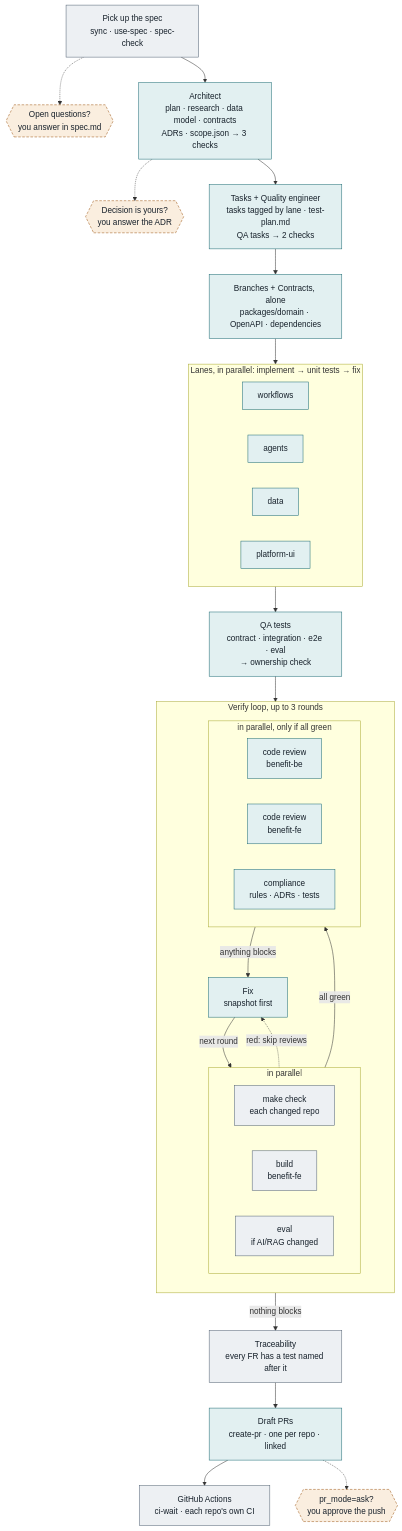
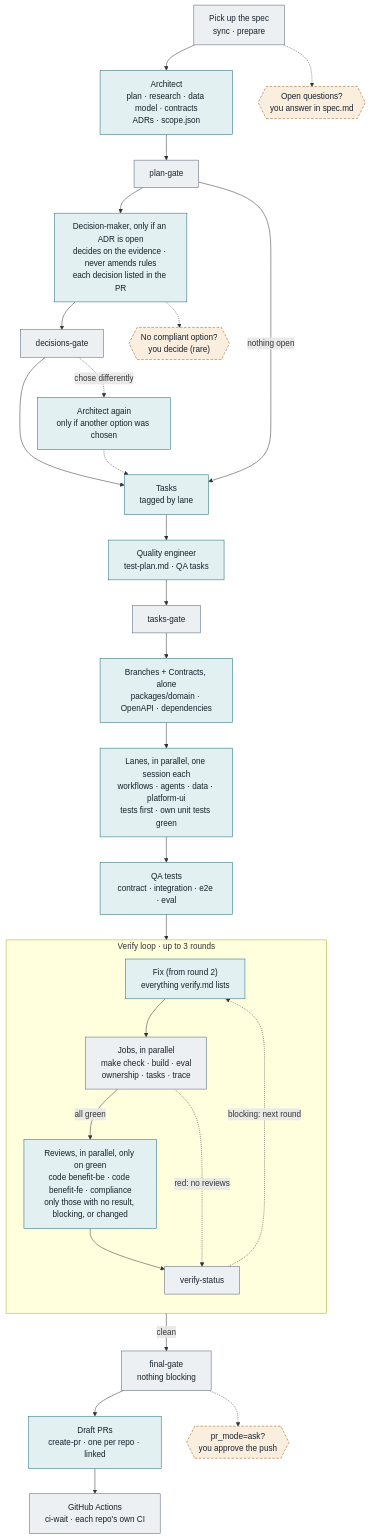
One commit to elinasarvari/ai-immersion-metarepo changed the second of 3 diagrams in docs/workflow-architecture.md. Above: the diagram before and after it, drawn with Mermaid. The commit also changed other lines of this file and 36 other files, not shown here.

````diff
--- a/docs/workflow-architecture.md
+++ b/docs/workflow-architecture.md
@@ -48,55 +48,49 @@
 ```mermaid
 flowchart TB
-    spec["Pick up the spec<br/>sync · use-spec · spec-check"]:::script
+    spec["Pick up the spec<br/>sync · prepare"]:::script
     q1{{"Open questions?<br/>you answer in spec.md"}}:::you
-    arch["Architect<br/>plan · research · data model · contracts<br/>ADRs · scope.json → 3 checks"]:::ai
-    q2{{"Decision is yours?<br/>you answer the ADR"}}:::you
-    tasks["Tasks + Quality engineer<br/>tasks tagged by lane · test-plan.md<br/>QA tasks → 2 checks"]:::ai
+    arch["Architect<br/>plan · research · data model · contracts<br/>ADRs · scope.json"]:::ai
+    g1["plan-gate"]:::script
+    dm["Decision-maker, only if an ADR is open<br/>decides on the evidence · never amends rules<br/>each decision listed in the PR"]:::ai
+    g3["decisions-gate"]:::script
+    upd["Architect again<br/>only if another option was chosen"]:::ai
+    q2{{"No compliant option?<br/>you decide (rare)"}}:::you
+    tasks["Tasks<br/>tagged by lane"]:::ai
+    qe["Quality engineer<br/>test-plan.md · QA tasks"]:::ai
+    g2["tasks-gate"]:::script
     contracts["Branches + Contracts, alone<br/>packages/domain · OpenAPI · dependencies"]:::ai
 
-    subgraph lanes["Lanes, in parallel: implement → unit tests → fix"]
-        direction LR
-        l1["workflows"]:::ai
-        l2["agents"]:::ai
-        l3["data"]:::ai
-        l4["platform-ui"]:::ai
+    lanes["Lanes, in parallel, one session each<br/>workflows · agents · data · platform-ui<br/>tests first · own unit tests green"]:::ai
+
+    qa["QA tests<br/>contract · integration · e2e · eval"]:::ai
+
+    subgraph verify["Verify loop · up to 3 rounds"]
+        direction TB
+        fix["Fix (from round 2)<br/>everything verify.md lists"]:::ai
+        jobs["Jobs, in parallel<br/>make check · build · eval<br/>ownership · tasks · trace"]:::script
+        reviews["Reviews, in parallel, only on green<br/>code benefit-be · code benefit-fe · compliance<br/>only those with no result, blocking, or changed"]:::ai
+        status["verify-status"]:::script
+        fix --> jobs
+        jobs -- "all green" --> reviews
+        reviews --> status
+        jobs -. "red: no reviews" .-> status
+        status -. "blocking: next round" .-> fix
     end
 
-    qa["QA tests<br/>contract · integration · e2e · eval<br/>→ ownership check"]:::ai
-
-    subgraph verify["Verify loop, up to 3 rounds"]
-        direction TB
-        subgraph jobs["in parallel"]
-            direction LR
-            j1["make check<br/>each changed repo"]:::script
-            j2["build<br/>benefit-fe"]:::script
-            j3["eval<br/>if AI/RAG changed"]:::script
-        end
-        subgraph reviews["in parallel, only if all green"]
-            direction LR
-            r1["code review<br/>benefit-be"]:::ai
-            r2["code review<br/>benefit-fe"]:::ai
-            r3["compliance<br/>rules · ADRs · tests"]:::ai
-        end
-        fix["Fix<br/>snapshot first"]:::ai
-        jobs -- "all green" --> reviews
-        jobs -. "red: skip reviews" .-> fix
-        reviews -- "anything blocks" --> fix
-        fix -- "next round" --> jobs
-    end
-
-    trace["Traceability<br/>every FR has a test named after it"]:::script
+    final["final-gate<br/>nothing blocking"]:::script
+    q3{{"pr_mode=ask?<br/>you approve the push"}}:::you
     pr["Draft PRs<br/>create-pr · one per repo · linked"]:::ai
-    q3{{"pr_mode=ask?<br/>you approve the push"}}:::you
     ci["GitHub Actions<br/>ci-wait · each repo's own CI"]:::script
 
-    spec --> arch --> tasks --> contracts --> lanes --> qa --> verify
+    spec --> arch --> g1 --> dm --> g3 --> tasks --> qe --> g2 --> contracts --> lanes --> qa --> verify
+    g1 -- "nothing open" --> tasks
+    g3 -. "chose differently" .-> upd -.-> tasks
     spec -.-> q1
-    arch -.-> q2
-    verify -- "nothing blocks" --> trace --> pr --> ci
-    pr -.-> q3
+    dm -.-> q2
+    verify -- "clean" --> final --> pr --> ci
+    final -.-> q3
 
     classDef ai fill:#E2F0F1,stroke:#1D6B74,color:#17212B
     classDef script fill:#EDF0F3,stroke:#536273,color:#17212B
     classDef you fill:#FAEEDF,stroke:#9C5512,color:#17212B,stroke-dasharray:5 3
 ```
````
